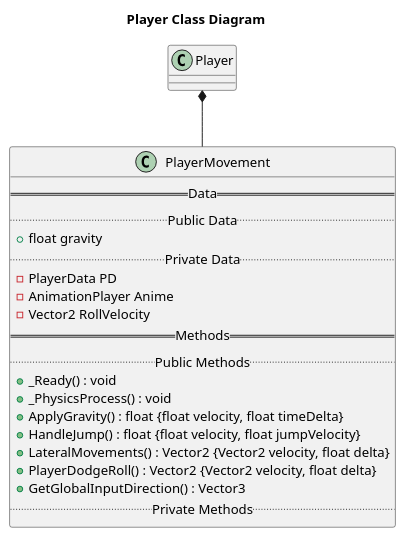
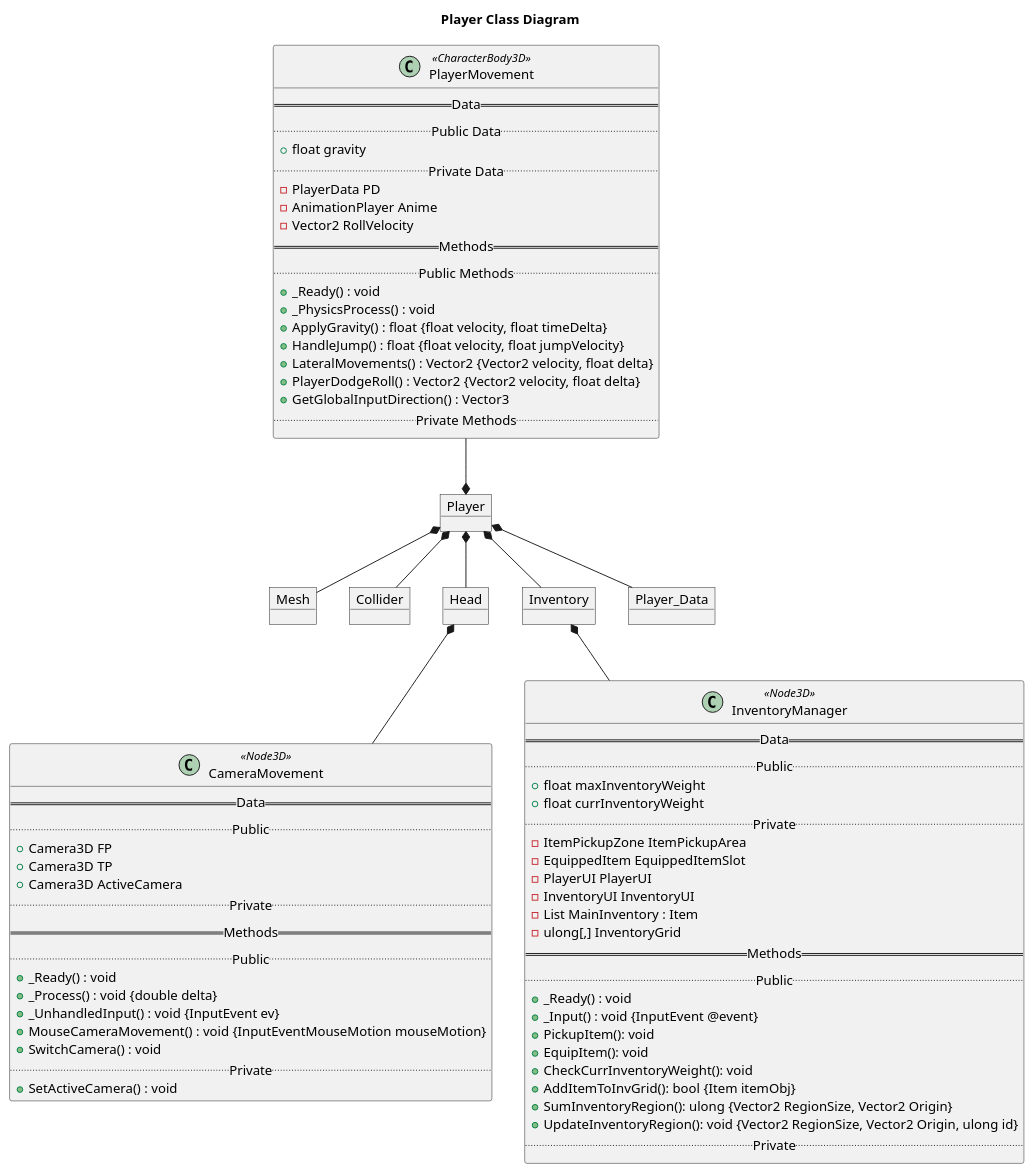
The diagram in UML Diagrams/src/Player Classes.puml (kjtkanaly/LearningGodot), drawn with PlantUML before and after one commit.

Commit message:
Added more classes to the Player Diagram

```diff
--- a/UML Diagrams/src/Player Classes.puml
+++ b/UML Diagrams/src/Player Classes.puml
@@ -1,29 +1,85 @@
 @startuml Player
 
 title Player Class Diagram
 
-class Player
+object Player
+object Mesh
+object Collider
+object Head
+object Inventory
+object Player_Data
 
-class PlayerMovement {
+class PlayerMovement <<CharacterBody3D>>{
     == Data ==
     .. Public Data ..
     +float gravity
     .. Private Data ..
     -PlayerData PD
     -AnimationPlayer Anime
     -Vector2 RollVelocity
     == Methods ==
     .. Public Methods ..
     +_Ready() : void
     +_PhysicsProcess() : void 
     +ApplyGravity() : float {float velocity, float timeDelta}
     +HandleJump() : float {float velocity, float jumpVelocity}
     +LateralMovements() : Vector2 {Vector2 velocity, float delta}
     +PlayerDodgeRoll() : Vector2 {Vector2 velocity, float delta}
     +GetGlobalInputDirection() : Vector3
     .. Private Methods ..
 }
 
-Player *-down- PlayerMovement
+class CameraMovement <<Node3D>>{
+    == Data ==
+    .. Public ..
+    +Camera3D FP
+    +Camera3D TP
+    +Camera3D ActiveCamera
+    .. Private ..
+    == Methods ==
+    .. Public ..
+    +_Ready() : void
+    +_Process() : void {double delta}
+    +_UnhandledInput() : void {InputEvent ev}
+    +MouseCameraMovement() : void {InputEventMouseMotion mouseMotion}
+    +SwitchCamera() : void
+    .. Private ..
+    +SetActiveCamera() : void
+}
+
+class InventoryManager <<Node3D>>{
+    == Data ==
+    .. Public ..
+    +float maxInventoryWeight
+    +float currInventoryWeight
+    .. Private ..
+    -ItemPickupZone ItemPickupArea
+    -EquippedItem EquippedItemSlot
+    -PlayerUI PlayerUI
+    -InventoryUI InventoryUI
+    -List MainInventory : Item
+    -ulong[,] InventoryGrid
+    == Methods ==
+    .. Public ..
+    +_Ready() : void
+    +_Input() : void {InputEvent @event}
+    +PickupItem(): void 
+    +EquipItem(): void
+    +CheckCurrInventoryWeight(): void
+    +AddItemToInvGrid(): bool {Item itemObj}
+    +SumInventoryRegion(): ulong {Vector2 RegionSize, Vector2 Origin}
+    +UpdateInventoryRegion(): void {Vector2 RegionSize, Vector2 Origin, ulong id}
+    .. Private ..
+}
+
+Player *-up- PlayerMovement
+Player *-down- Mesh
+Player *-down- Collider
+Player *-down- Head
+Player *-down- Inventory
+Player *-down- Player_Data
+
+Head *-down- CameraMovement
+Inventory *-down- InventoryManager
 
 @enduml
```
